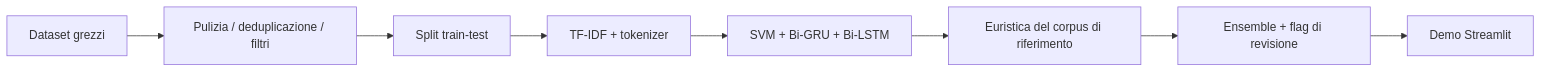
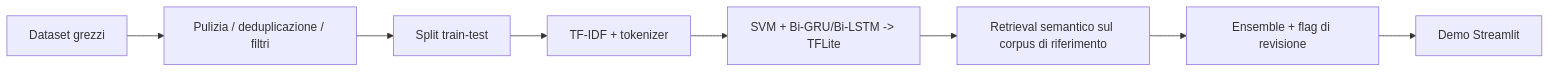
One commit to lauratonsi/Fake_News_Screening changed the diagram in README.it.md. Above: the diagram before and after it, drawn with Mermaid. The commit also changed other lines of this file and 3 other files, not shown here.

````diff
--- a/README.it.md
+++ b/README.it.md
@@ -84,10 +91,10 @@
 ```mermaid
 flowchart LR
     A[Dataset grezzi] --> B[Pulizia / deduplicazione / filtri]
     B --> C[Split train-test]
     C --> D[TF-IDF + tokenizer]
-    D --> E[SVM + Bi-GRU + Bi-LSTM]
-    E --> F[Euristica del corpus di riferimento]
+    D --> E[SVM + Bi-GRU/Bi-LSTM -> TFLite]
+    E --> F[Retrieval semantico sul corpus di riferimento]
     F --> G[Ensemble + flag di revisione]
     G --> H[Demo Streamlit]
 ```
````
